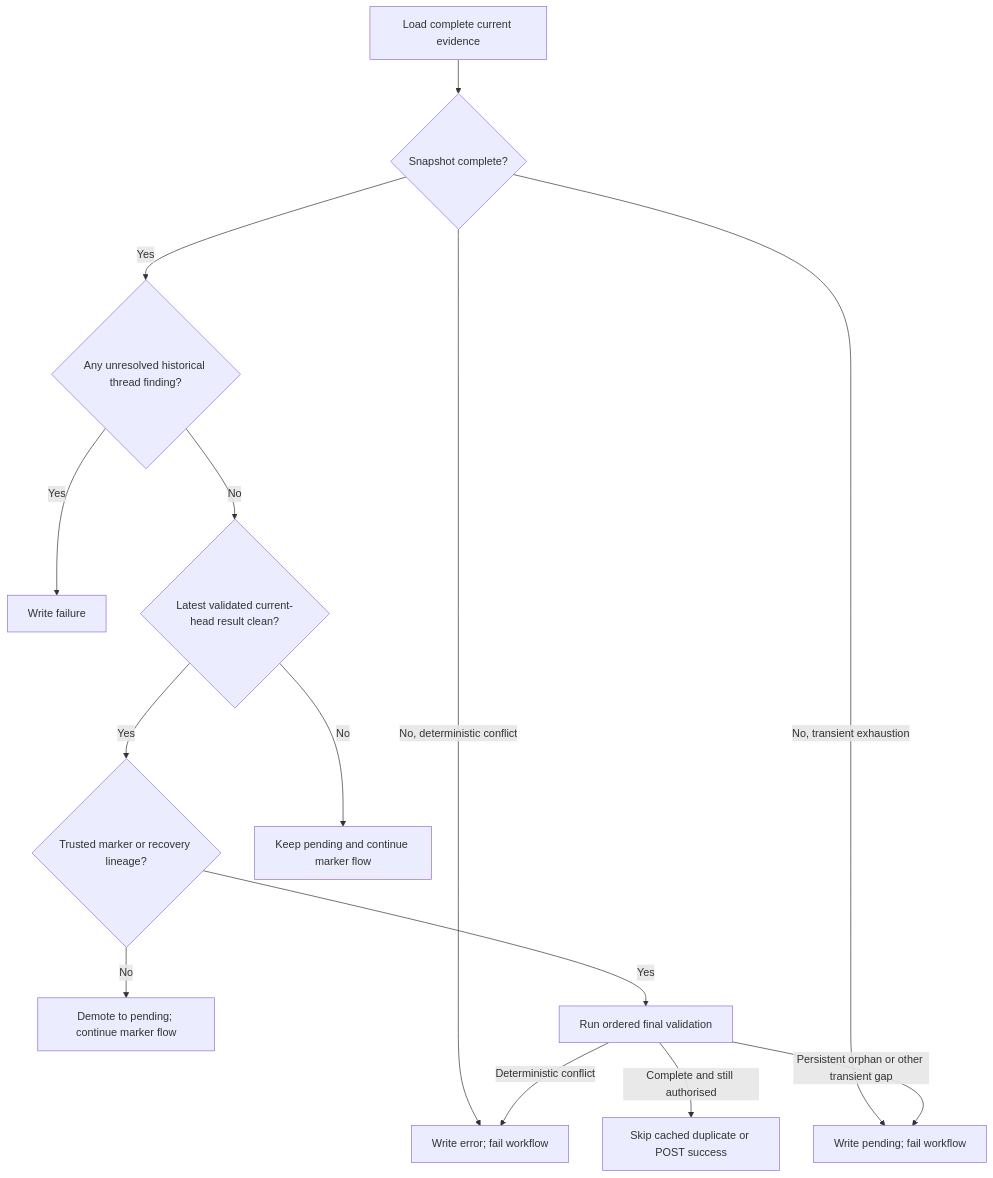
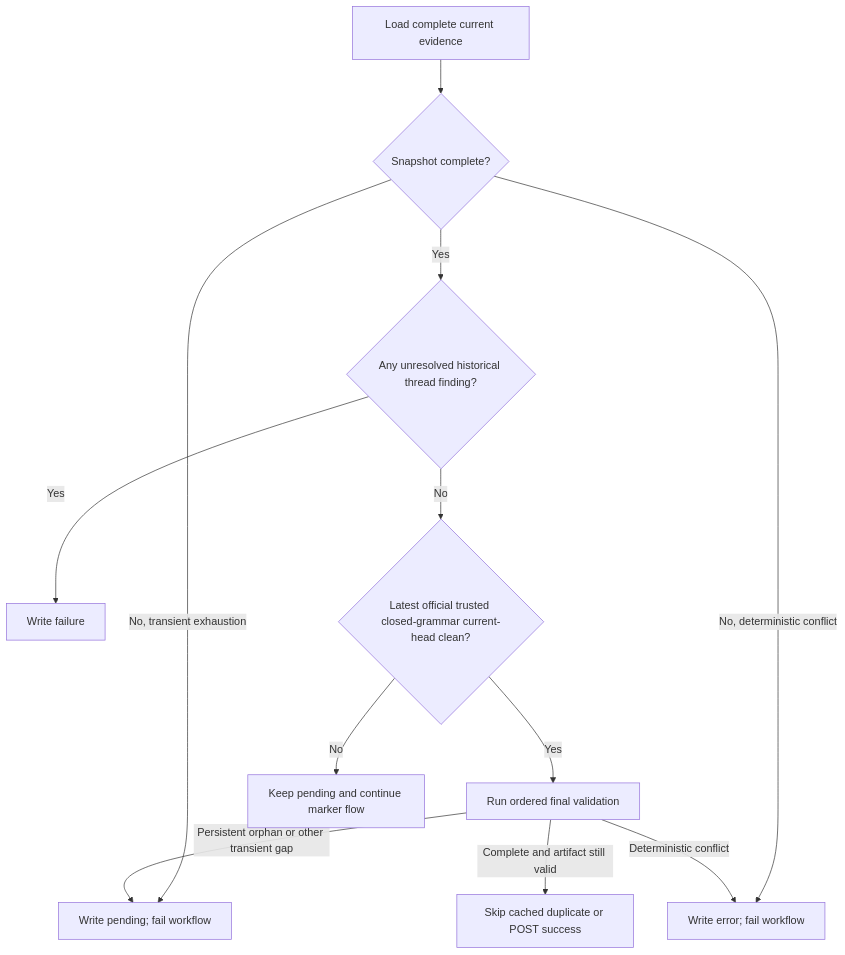
One commit to Joey-Tools/codex-review-gate changed the second of 3 diagrams in packages/action/DESIGN.zh-CN.md. Above: the diagram before and after it, drawn with Mermaid. The commit also changed other lines of this file and 13 other files, not shown here.

First line of the commit message:
fix: trust current-head Codex clean evidence (#26)

````diff
--- a/packages/action/DESIGN.zh-CN.md
+++ b/packages/action/DESIGN.zh-CN.md
@@ -351,16 +315,14 @@
 ```mermaid
 flowchart TD
   load["Load complete current evidence"] --> complete{"Snapshot complete?"}
   complete -->|No, transient exhaustion| pendingError["Write pending; fail workflow"]
   complete -->|No, deterministic conflict| hardError["Write error; fail workflow"]
   complete -->|Yes| threads{"Any unresolved historical thread finding?"}
   threads -->|Yes| failed["Write failure"]
-  threads -->|No| clean{"Latest validated current-head result clean?"}
-  clean -->|Yes| authorised{"Trusted marker or recovery lineage?"}
-  authorised -->|No| demoted["Demote to pending; continue marker flow"]
-  authorised -->|Yes| final["Run ordered final validation"]
-  final -->|Complete and still authorised| passed["Skip cached duplicate or POST success"]
+  threads -->|No| clean{"Latest official trusted closed-grammar current-head clean?"}
+  clean -->|Yes| final["Run ordered final validation"]
+  final -->|Complete and artifact still valid| passed["Skip cached duplicate or POST success"]
   final -->|Persistent orphan or other transient gap| pendingError
   final -->|Deterministic conflict| hardError
   clean -->|No| pending["Keep pending and continue marker flow"]
 ```
````
